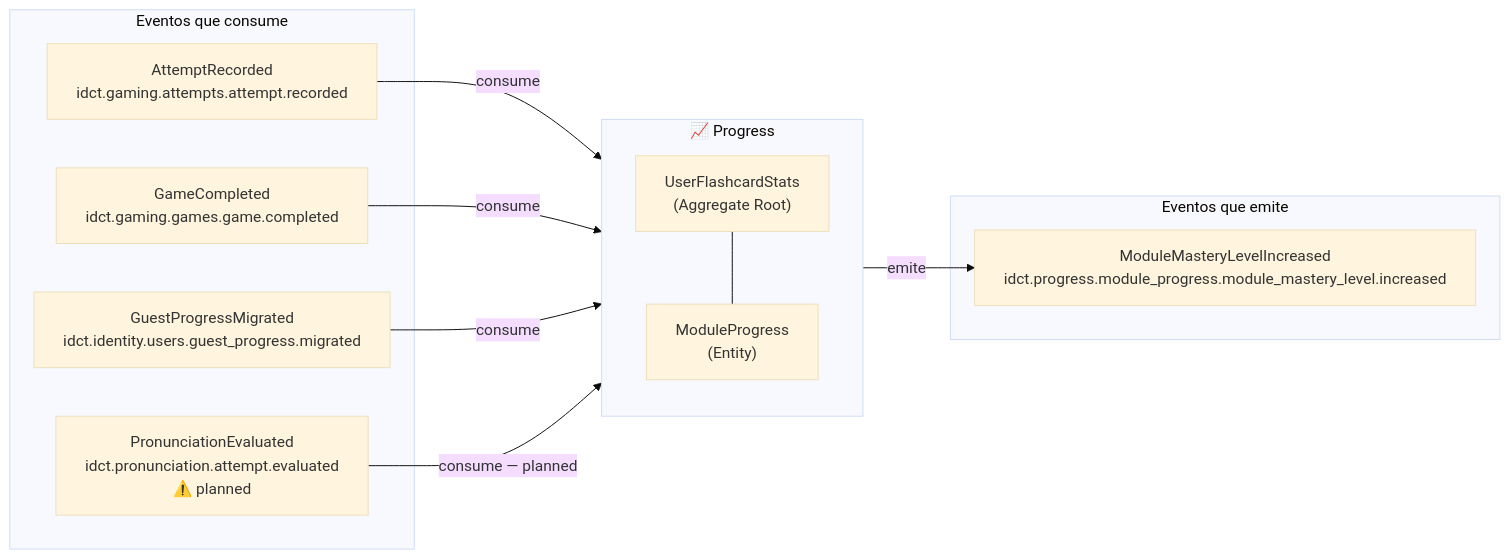
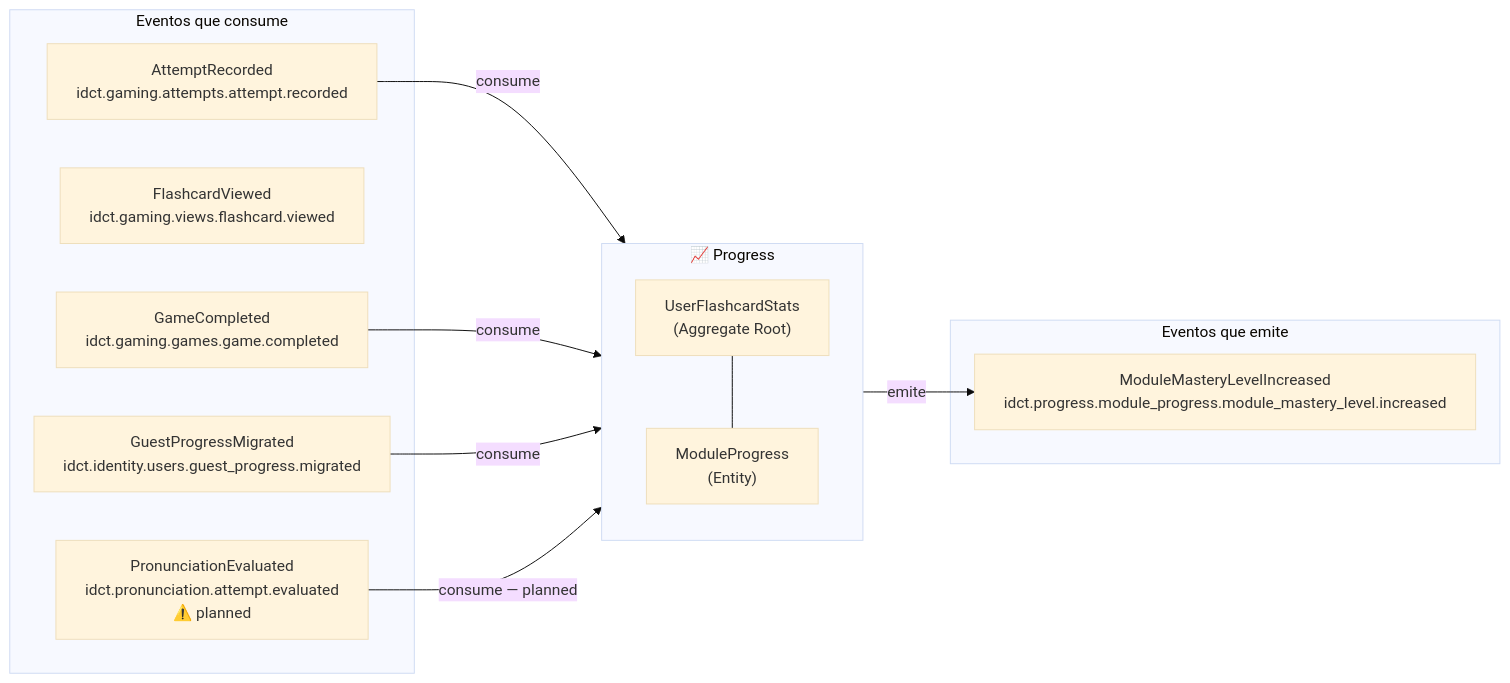
The fourth of 7 diagrams in docs/domain/bounded-contexts-detail.md (AbrahamVilchesDeLaCruz/ididntcatchthat), drawn with Mermaid (base theme) before and after one commit. The commit also changed other lines of this file and 11 other files, not shown here.

First line of the commit message:
docs(study): add architecture ADR and study mode specifications

````diff
--- a/docs/domain/bounded-contexts-detail.md
+++ b/docs/domain/bounded-contexts-detail.md
@@ -129,25 +134,26 @@
 ```mermaid
 graph LR
     subgraph Consumes ["Eventos que consume"]
         C1["AttemptRecorded\nidct.gaming.attempts.attempt.recorded"]
+        C1b["FlashcardViewed\nidct.gaming.views.flashcard.viewed"]
         C2["GameCompleted\nidct.gaming.games.game.completed"]
         C3["GuestProgressMigrated\nidct.identity.users.guest_progress.migrated"]
         C4["PronunciationEvaluated\nidct.pronunciation.attempt.evaluated\n⚠️ planned"]
     end
 
     subgraph Progress ["📈 Progress"]
         UFS["UserFlashcardStats\n(Aggregate Root)"]
         MP["ModuleProgress\n(Entity)"]
         UFS --- MP
     end
 
     subgraph Emits ["Eventos que emite"]
         E1["ModuleMasteryLevelIncreased\nidct.progress.module_progress.module_mastery_level.increased"]
     end
 
     C1 -->|consume| Progress
     C2 -->|consume| Progress
     C3 -->|consume| Progress
     C4 -->|consume — planned| Progress
     Progress -->|emite| E1
 ```
````
